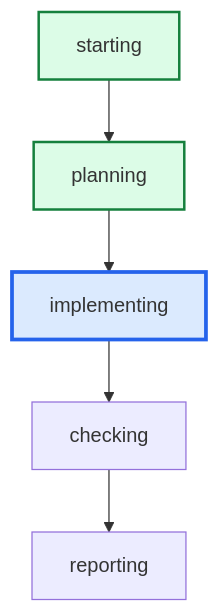
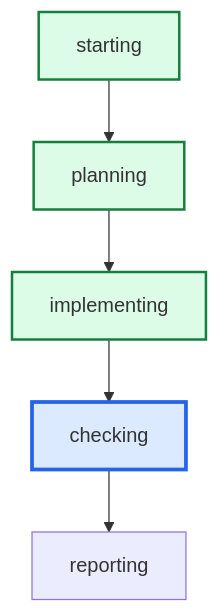
The diagram in runs/req-117-gen-hud-textures-r2/graph.mmd (daniell0gda/hermes-feature-check-dashboard), drawn with Mermaid before and after one commit. The commit also changed 29 other files, not shown here.

```diff
--- a/runs/req-117-gen-hud-textures-r2/graph.mmd
+++ b/runs/req-117-gen-hud-textures-r2/graph.mmd
@@ -1,12 +1,13 @@
 graph TD
     starting --> planning
     planning --> implementing
     implementing --> checking
     checking --> reporting
 
 classDef done fill:#dcfce7,stroke:#15803d,stroke-width:2px;
 classDef active fill:#dbeafe,stroke:#2563eb,stroke-width:3px;
 classDef failed fill:#fee2e2,stroke:#b42318,stroke-width:2px;
 class planning done;
-class implementing active;
+class implementing done;
+class checking active;
 class starting done;
```
